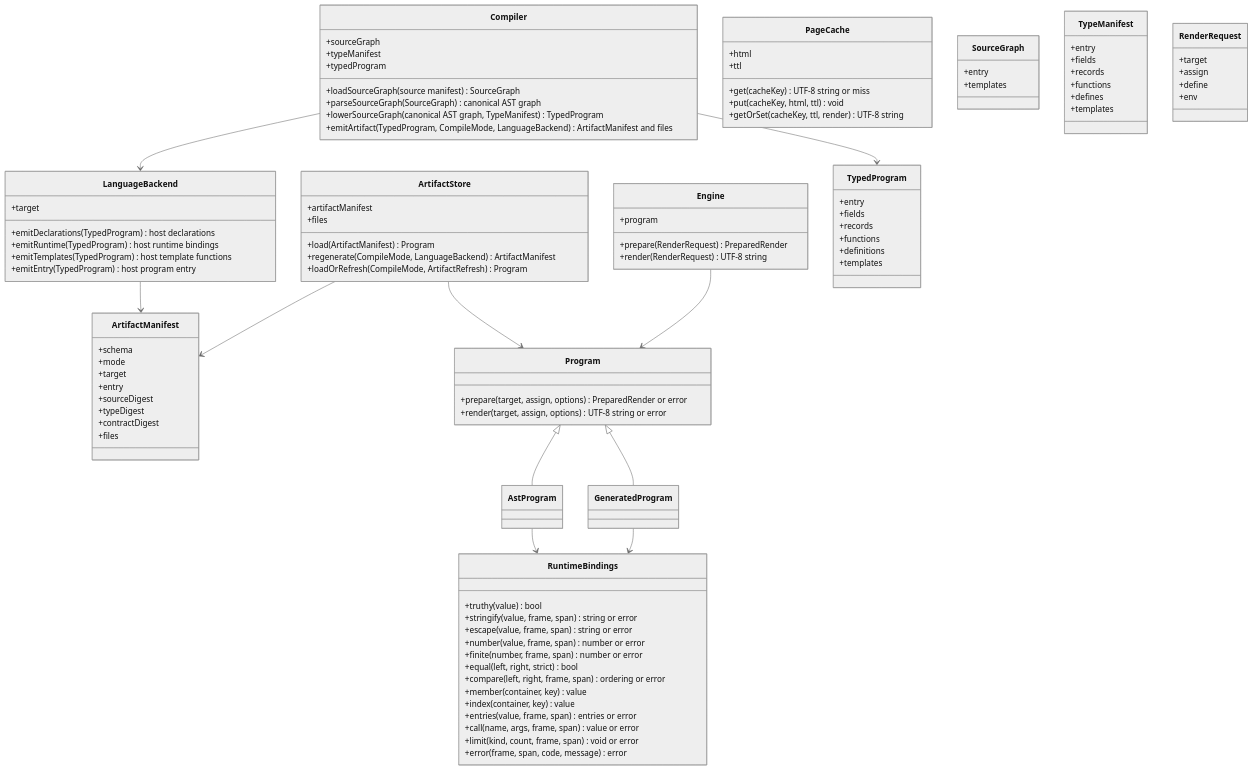
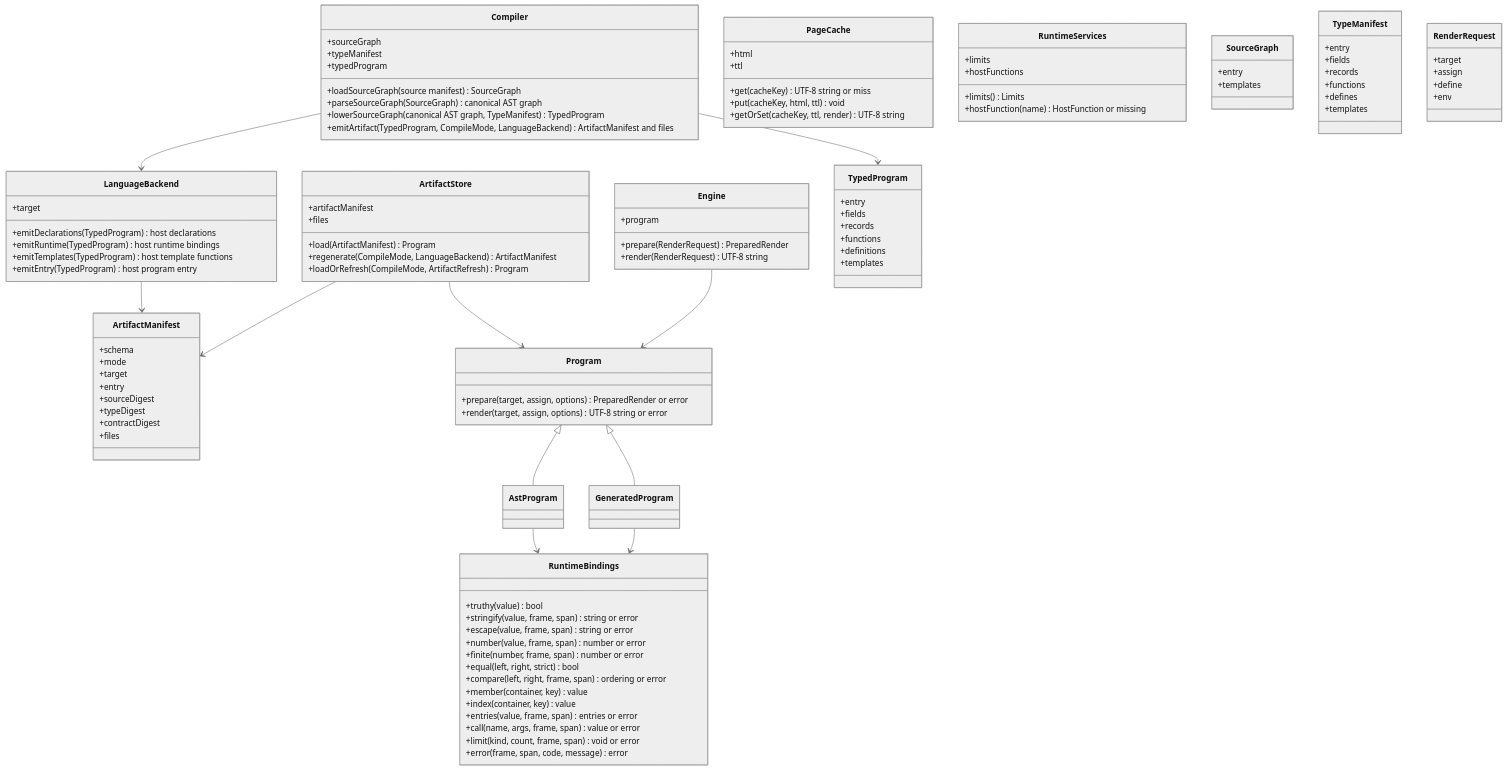
Before and after one commit to polyspec/template: the diagram in tools/compiler/generated/compiler-classes.mmd, drawn with Mermaid (neutral theme). The commit also changed 32 other files, not shown here.

Commit message:
Decouple runtime services from AST loading

```diff
--- a/tools/compiler/generated/compiler-classes.mmd
+++ b/tools/compiler/generated/compiler-classes.mmd
@@ -1,103 +1,109 @@
 classDiagram
   class Compiler {
     +sourceGraph
     +typeManifest
     +typedProgram
     +loadSourceGraph(source manifest) SourceGraph
     +parseSourceGraph(SourceGraph) canonical AST graph
     +lowerSourceGraph(canonical AST graph, TypeManifest) TypedProgram
     +emitArtifact(TypedProgram, CompileMode, LanguageBackend) ArtifactManifest and files
   }
   class LanguageBackend {
     +target
     +emitDeclarations(TypedProgram) host declarations
     +emitRuntime(TypedProgram) host runtime bindings
     +emitTemplates(TypedProgram) host template functions
     +emitEntry(TypedProgram) host program entry
   }
   class ArtifactStore {
     +artifactManifest
     +files
     +load(ArtifactManifest) Program
     +regenerate(CompileMode, LanguageBackend) ArtifactManifest
     +loadOrRefresh(CompileMode, ArtifactRefresh) Program
   }
   class Engine {
     +program
     +prepare(RenderRequest) PreparedRender
     +render(RenderRequest) UTF-8 string
   }
   class PageCache {
     +html
     +ttl
     +get(cacheKey) UTF-8 string or miss
     +put(cacheKey, html, ttl) void
     +getOrSet(cacheKey, ttl, render) UTF-8 string
+  }
+  class RuntimeServices {
+    +limits
+    +hostFunctions
+    +limits() Limits
+    +hostFunction(name) HostFunction or missing
   }
   class SourceGraph {
     +entry
     +templates
   }
   class TypeManifest {
     +entry
     +fields
     +records
     +functions
     +defines
     +templates
   }
   class TypedProgram {
     +entry
     +fields
     +records
     +functions
     +definitions
     +templates
   }
   class ArtifactManifest {
     +schema
     +mode
     +target
     +entry
     +sourceDigest
     +typeDigest
     +contractDigest
     +files
   }
   class RenderRequest {
     +target
     +assign
     +define
     +env
   }
   class Program {
     +prepare(target, assign, options) PreparedRender or error
     +render(target, assign, options) UTF-8 string or error
   }
   class AstProgram
   class GeneratedProgram
   class RuntimeBindings {
     +truthy(value) bool
     +stringify(value, frame, span) string or error
     +escape(value, frame, span) string or error
     +number(value, frame, span) number or error
     +finite(number, frame, span) number or error
     +equal(left, right, strict) bool
     +compare(left, right, frame, span) ordering or error
     +member(container, key) value
     +index(container, key) value
     +entries(value, frame, span) entries or error
     +call(name, args, frame, span) value or error
     +limit(kind, count, frame, span) void or error
     +error(frame, span, code, message) error
   }
   Program <|-- AstProgram
   Program <|-- GeneratedProgram
   Compiler --> TypedProgram
   Compiler --> LanguageBackend
   LanguageBackend --> ArtifactManifest
   ArtifactStore --> ArtifactManifest
   ArtifactStore --> Program
   Engine --> Program
   AstProgram --> RuntimeBindings
   GeneratedProgram --> RuntimeBindings
```
